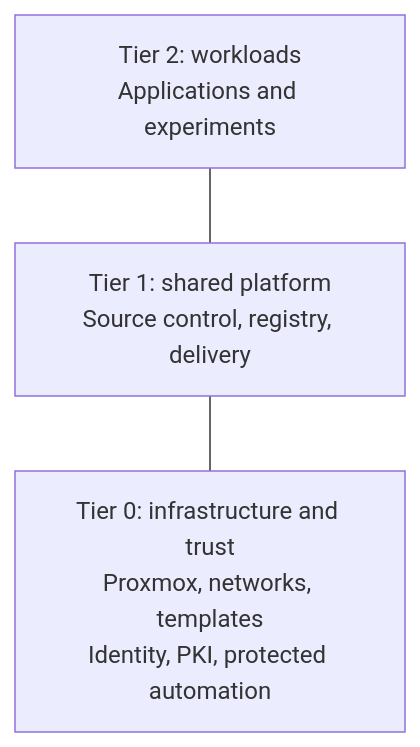
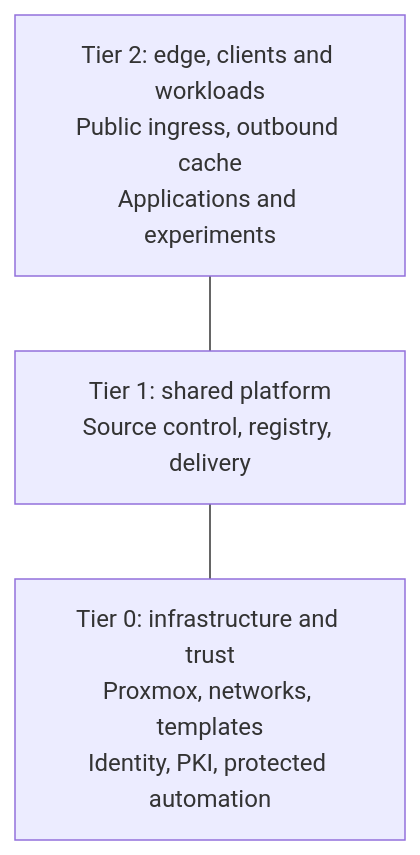
One commit to Rexus/homelab changed the third of 3 diagrams in docs/architecture/README.md. Above: the diagram before and after it, drawn with Mermaid. The commit also changed other lines of this file and 104 other files, not shown here.

````diff
--- a/docs/architecture/README.md
+++ b/docs/architecture/README.md
@@ -186,7 +192,7 @@
 ```mermaid
 flowchart TB
-  T2["Tier 2: workloads<br/>Applications and experiments"]
+  T2["Tier 2: edge, clients and workloads<br/>Public ingress, outbound cache<br/>Applications and experiments"]
   T1["Tier 1: shared platform<br/>Source control, registry, delivery"]
   T0["Tier 0: infrastructure and trust<br/>Proxmox, networks, templates<br/>Identity, PKI, protected automation"]
   T2 --- T1 --- T0
 ```
````
